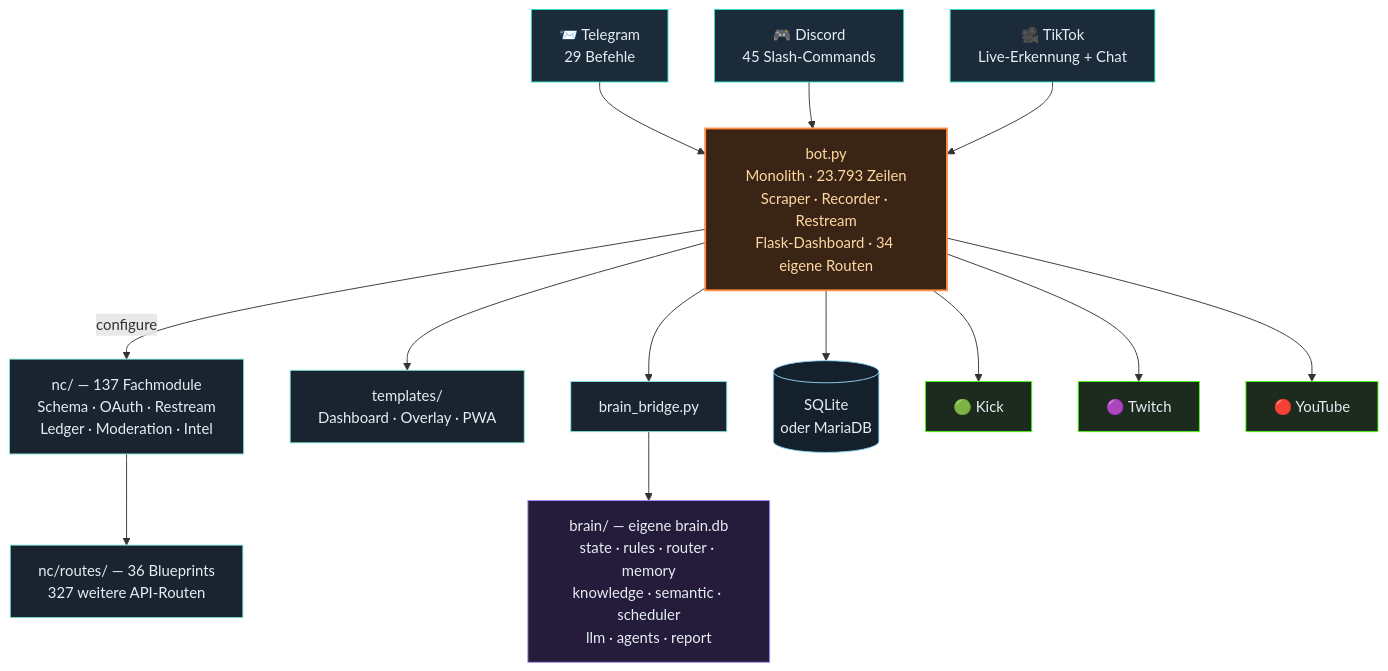
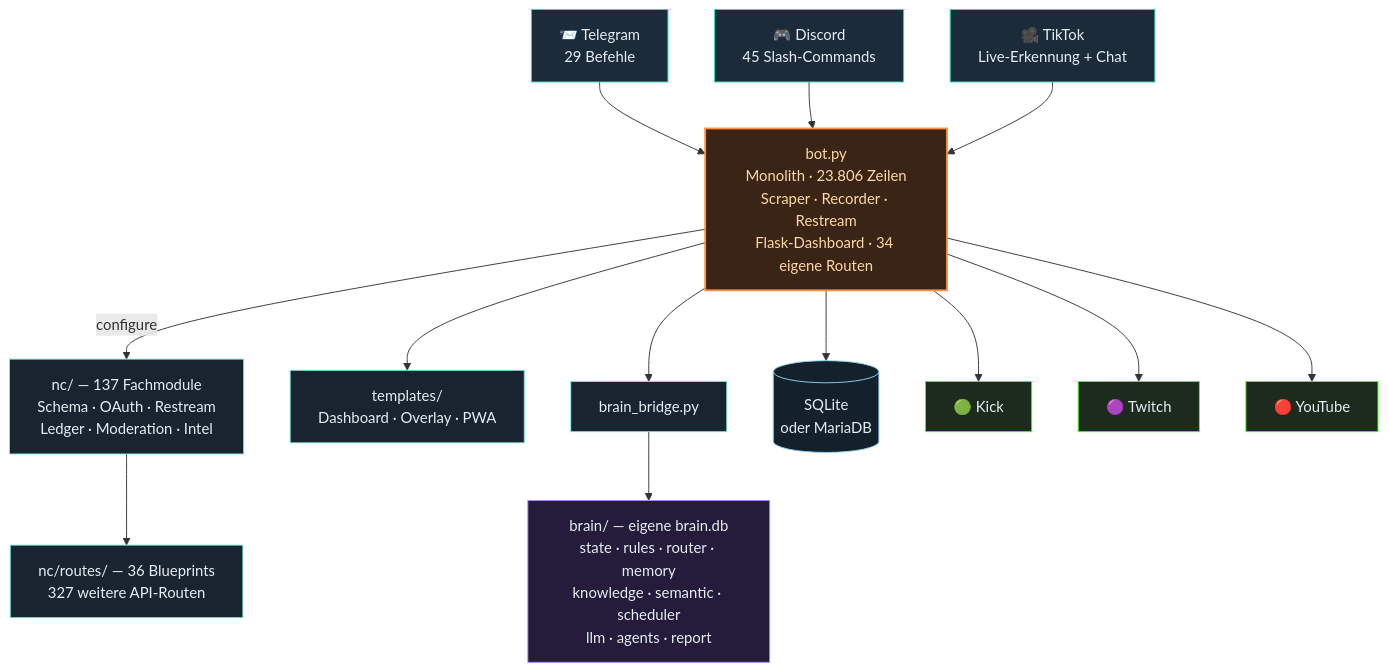
Before and after one commit to itsamemedev/Telegram-Stream-Info-Bot: the third of 4 diagrams in README.md, drawn with Mermaid. The commit also changed other lines of this file and 9 other files, not shown here.

````diff
--- a/README.md
+++ b/README.md
@@ -189,30 +189,30 @@
 ```mermaid
 flowchart TB
     TG["📨 Telegram<br/>29 Befehle"]:::ein
     DC["🎮 Discord<br/>45 Slash-Commands"]:::ein
     TT["🎥 TikTok<br/>Live-Erkennung + Chat"]:::ein
 
     TG --> BOT
     DC --> BOT
     TT --> BOT
 
-    BOT["bot.py<br/>Monolith · 23.793 Zeilen<br/>Scraper · Recorder · Restream<br/>Flask-Dashboard · 34 eigene Routen"]:::core
+    BOT["bot.py<br/>Monolith · 23.806 Zeilen<br/>Scraper · Recorder · Restream<br/>Flask-Dashboard · 34 eigene Routen"]:::core
 
     BOT -->|configure| NC["nc/ — 137 Fachmodule<br/>Schema · OAuth · Restream<br/>Ledger · Moderation · Intel"]:::lib
     NC --> RT["nc/routes/ — 36 Blueprints<br/>327 weitere API-Routen"]:::lib
     BOT --> TPL["templates/<br/>Dashboard · Overlay · PWA"]:::lib
     BOT --> BR["brain_bridge.py"]:::lib
     BR --> BRAIN["brain/ — eigene brain.db<br/>state · rules · router · memory<br/>knowledge · semantic · scheduler<br/>llm · agents · report"]:::brain
     BOT --> DB[("SQLite<br/>oder MariaDB")]:::db
 
     BOT --> KICK["🟢 Kick"]:::out
     BOT --> TW["🟣 Twitch"]:::out
     BOT --> YT["🔴 YouTube"]:::out
 
     classDef ein fill:#1c2b3a,stroke:#2de1c2,color:#e6edf3
     classDef core fill:#3a2415,stroke:#ff8c42,stroke-width:2px,color:#ffd9a0
     classDef lib fill:#1a2430,stroke:#7fe7d4,color:#e6edf3
     classDef brain fill:#241c3a,stroke:#a78bfa,color:#e6edf3
     classDef db fill:#14202c,stroke:#8fd3f4,color:#e6edf3
     classDef out fill:#1c2b1e,stroke:#53fc18,color:#e6edf3
 ```
````
